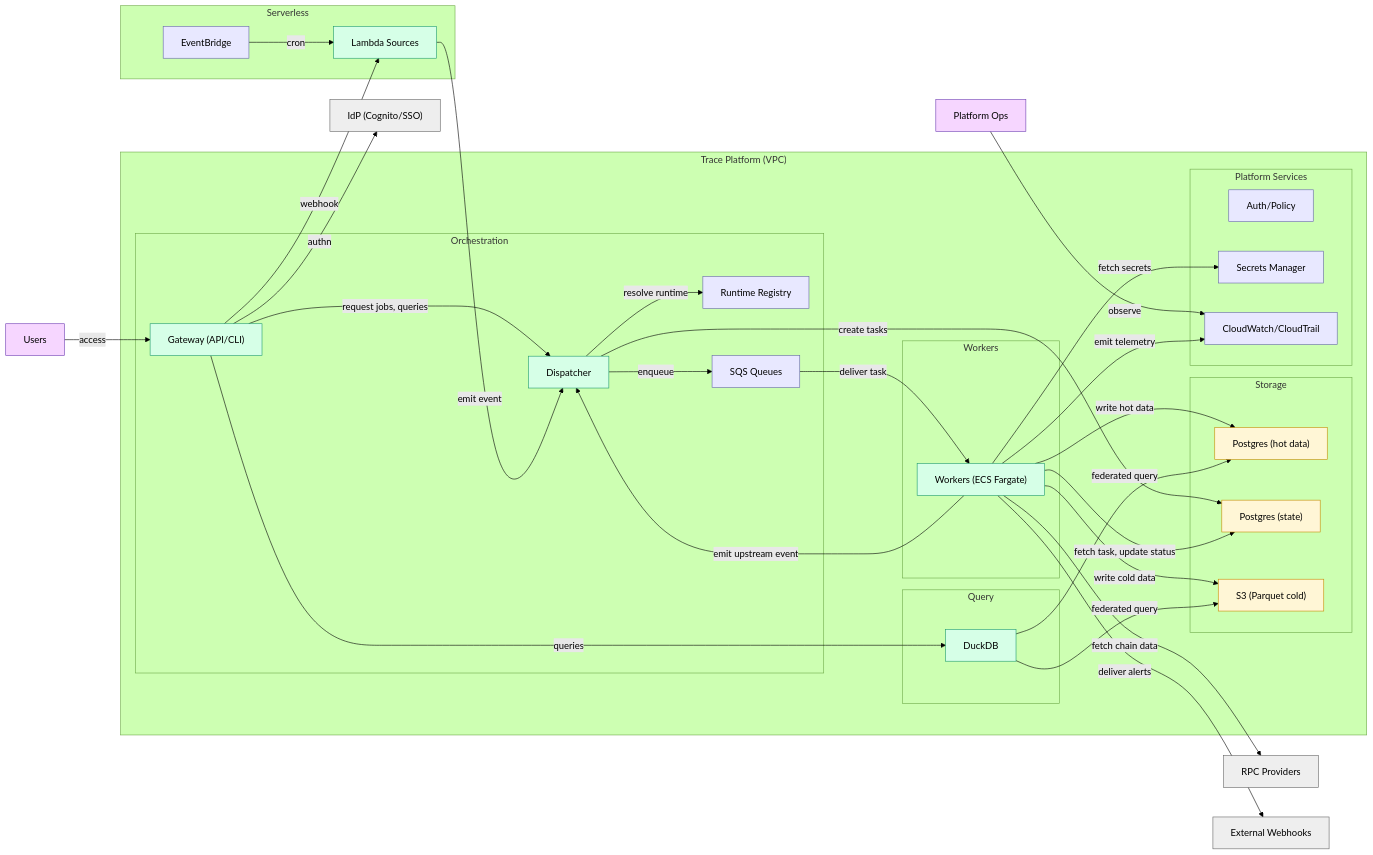
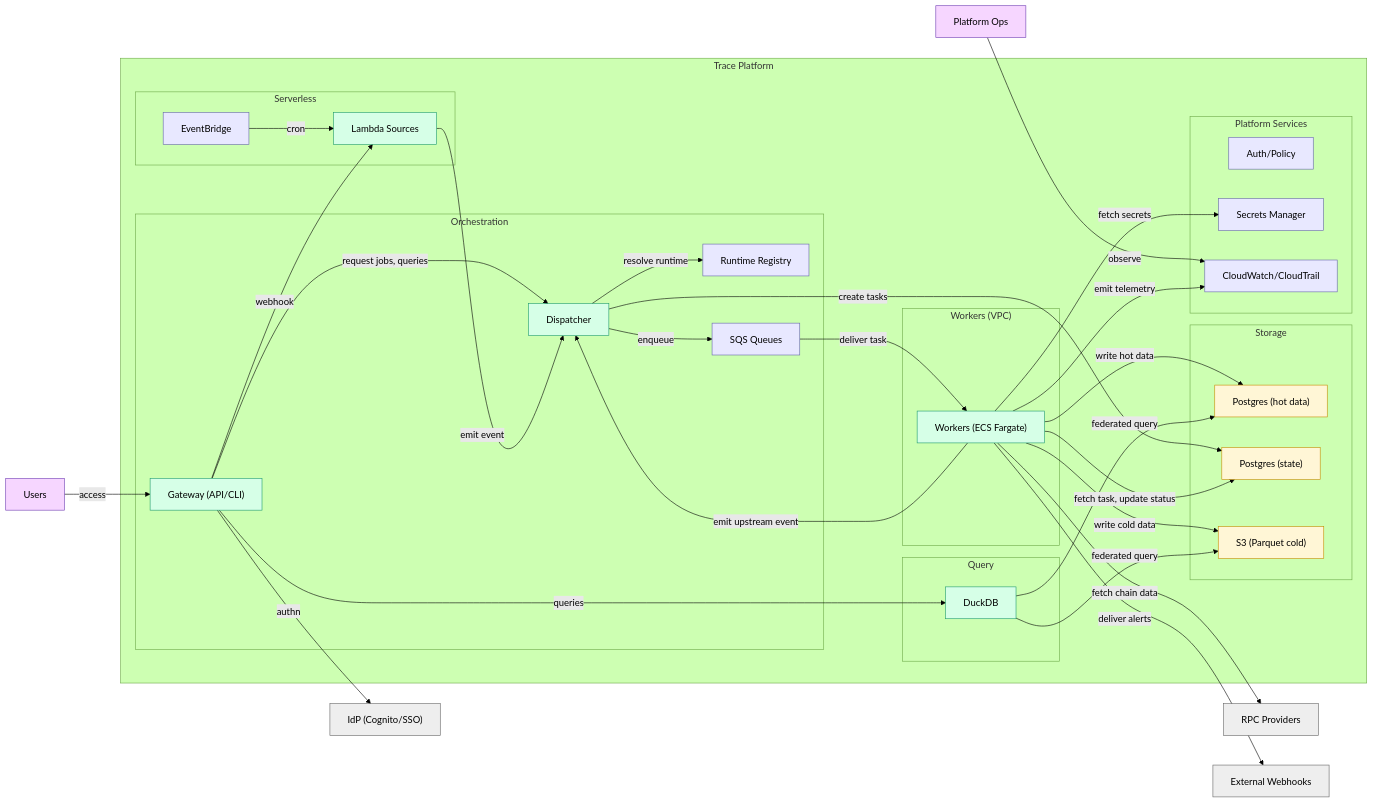
The second of 6 diagrams in docs/architecture/overview.md (c7121/trace), drawn with Mermaid (forest theme) before and after one commit. The commit also changed 5 other files, not shown here.

Commit message:
Initial architecture

````diff
--- a/docs/architecture/overview.md
+++ b/docs/architecture/overview.md
@@ -107,71 +107,70 @@
 ```mermaid
 flowchart LR
-    subgraph Trace["Trace Platform (VPC)"]
+    subgraph Trace["Trace Platform"]
         subgraph Orchestration["Orchestration"]
             gateway["Gateway (API/CLI)"]:::container
             dispatcher["Dispatcher"]:::container
             registry["Runtime Registry"]:::infra
             sqs["SQS Queues"]:::infra
         end
-        subgraph Compute["Workers"]
+        subgraph Compute["Workers (VPC)"]
             workers["Workers (ECS Fargate)"]:::container
+        end
+        subgraph Serverless["Serverless"]
+            eventbridge["EventBridge"]:::infra
+            lambda["Lambda Sources"]:::container
         end
         subgraph Storage["Storage"]
             postgres_hot["Postgres (hot data)"]:::database
             postgres_state["Postgres (state)"]:::database
             s3["S3 (Parquet cold)"]:::database
         end
         subgraph Query["Query"]
             duckdb["DuckDB"]:::container
         end
         subgraph Platform["Platform Services"]
             platformAuth["Auth/Policy"]:::infra
             platformSec["Secrets Manager"]:::infra
             platformObs["CloudWatch/CloudTrail"]:::infra
         end
-    end
-
-    subgraph Serverless["Serverless"]
-        eventbridge["EventBridge"]:::infra
-        lambda["Lambda Sources"]:::container
     end
 
     users["Users"]:::person
     ops["Platform Ops"]:::person
     idp["IdP (Cognito/SSO)"]:::ext
     rpc["RPC Providers"]:::ext
     webhooks["External Webhooks"]:::ext
 
     users -->|access| gateway
     ops -->|observe| platformObs
     gateway -->|authn| idp
     gateway -->|request jobs, queries| dispatcher
     gateway -->|queries| duckdb
     
     eventbridge -->|cron| lambda
     gateway -->|webhook| lambda
     lambda -->|emit event| dispatcher
     
     dispatcher -->|create tasks| postgres_state
     dispatcher -->|resolve runtime| registry
     dispatcher -->|enqueue| sqs
     sqs -->|deliver task| workers
     
     workers -->|fetch task, update status| postgres_state
     workers -->|write hot data| postgres_hot
     workers -->|write cold data| s3
     workers -->|fetch secrets| platformSec
     workers -->|fetch chain data| rpc
     workers -->|deliver alerts| webhooks
     workers -->|emit telemetry| platformObs
     workers -->|emit upstream event| dispatcher
     
     duckdb -->|federated query| postgres_hot
     duckdb -->|federated query| s3
 
     classDef person fill:#f6d6ff,stroke:#6f3fb3,color:#000;
     classDef container fill:#d6ffe7,stroke:#1f9a6f,color:#000;
     classDef database fill:#fff6d6,stroke:#c58b00,color:#000;
     classDef infra fill:#e8e8ff,stroke:#6666aa,color:#000;
     classDef ext fill:#eee,stroke:#666,color:#000;
 ```
````
